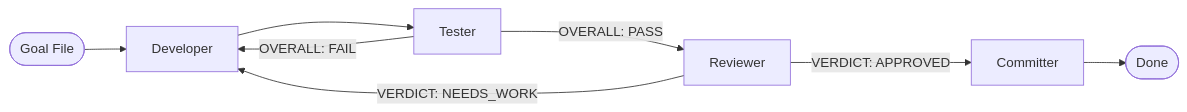
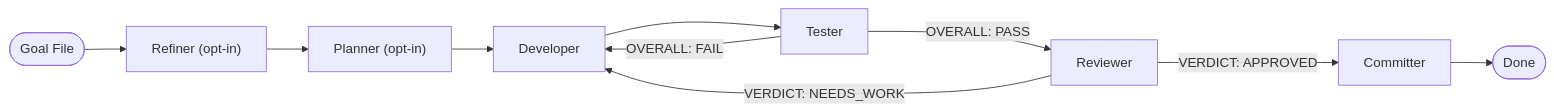
One commit to hjhun/dormammu changed the sixth of 6 diagrams in docs/GUIDE.md. Above: the diagram before and after it, drawn with Mermaid. The commit also changed other lines of this file and 14 other files, not shown here.

````diff
--- a/docs/GUIDE.md
+++ b/docs/GUIDE.md
@@ -723,10 +839,12 @@
 ```mermaid
 flowchart LR
-    goal([Goal File]) --> dev[Developer]
+    goal([Goal File]) --> refiner["Refiner (opt-in)"]
+    refiner --> planner["Planner (opt-in)"]
+    planner --> dev[Developer]
     dev --> tester[Tester]
     tester -- "OVERALL: FAIL" --> dev
     tester -- "OVERALL: PASS" --> reviewer[Reviewer]
     reviewer -- "VERDICT: NEEDS_WORK" --> dev
     reviewer -- "VERDICT: APPROVED" --> committer[Committer]
     committer --> done([Done])
 ```
````
